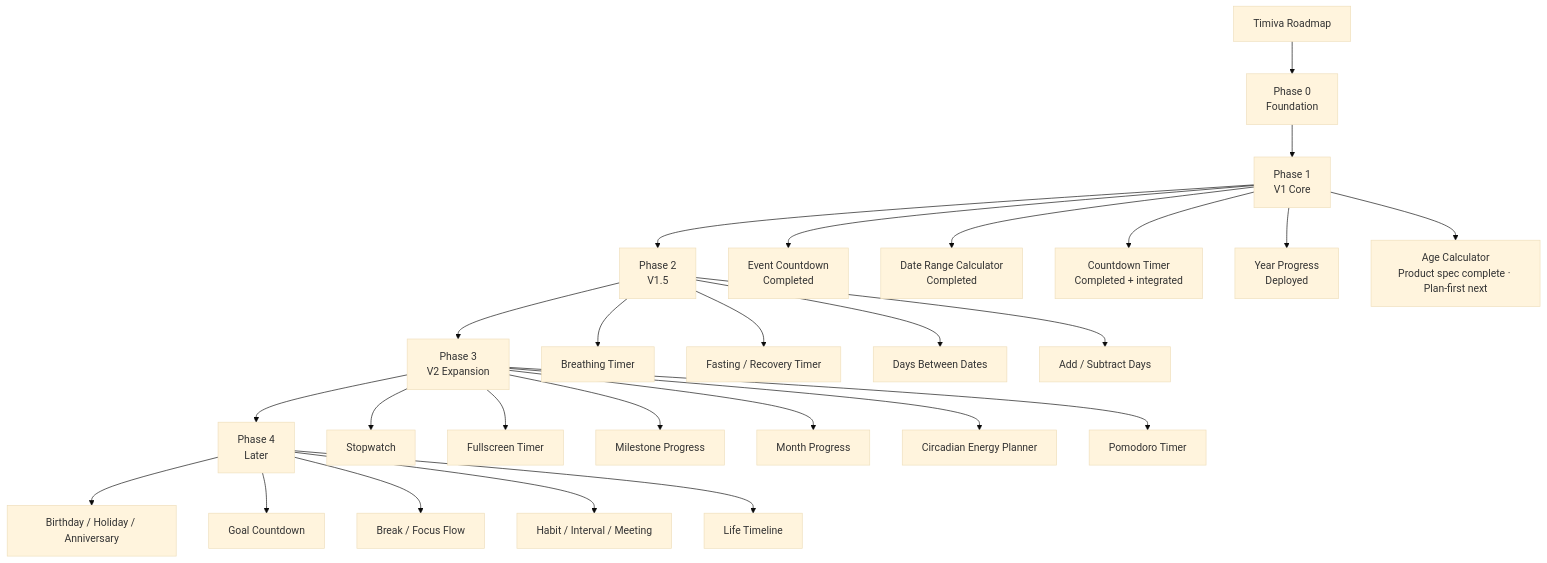
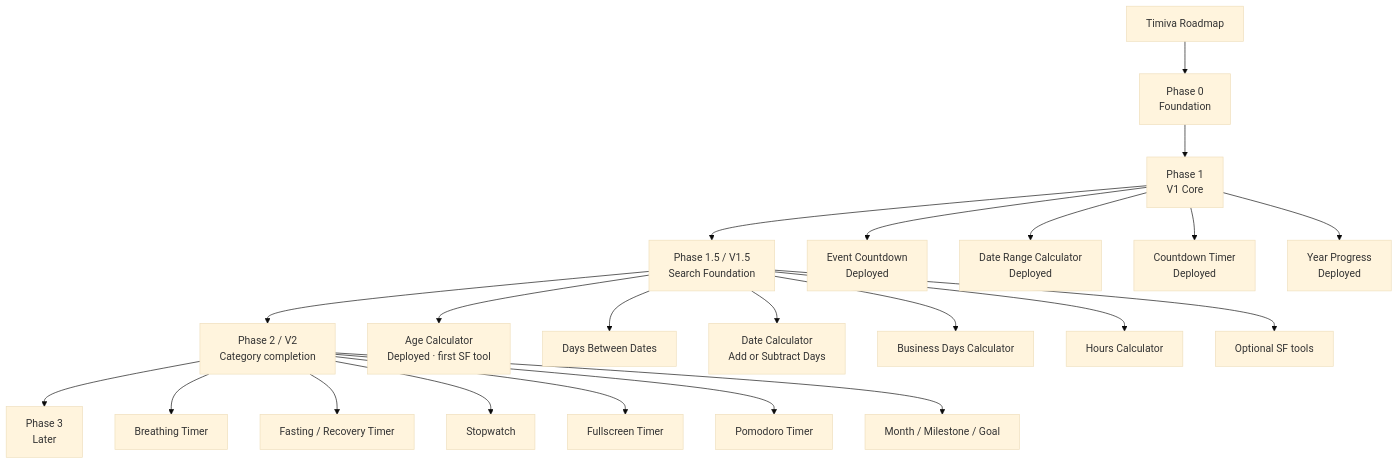
One commit to jd-jane/Timiva changed the diagram in docs/core/roadmap.md. Above: the diagram before and after it, drawn with Mermaid (base theme). The commit also changed other lines of this file and 4 other files, not shown here.

Commit message:
docs: define V1.5 search foundation strategy

````diff
--- a/docs/core/roadmap.md
+++ b/docs/core/roadmap.md
@@ -35,32 +35,27 @@
 ```mermaid
 flowchart TD
     A[Timiva Roadmap] --> B[Phase 0<br/>Foundation]
     B --> C[Phase 1<br/>V1 Core]
-    C --> D[Phase 2<br/>V1.5]
-    D --> E[Phase 3<br/>V2 Expansion]
-    E --> F[Phase 4<br/>Later]
+    C --> D[Phase 1.5 / V1.5<br/>Search Foundation]
+    D --> E[Phase 2 / V2<br/>Category completion]
+    E --> F[Phase 3<br/>Later]
 
-    C --> C1[Event Countdown<br/>Completed]
-    C --> C2[Date Range Calculator<br/>Completed]
-    C --> C3[Countdown Timer<br/>Completed + integrated]
+    C --> C1[Event Countdown<br/>Deployed]
+    C --> C2[Date Range Calculator<br/>Deployed]
+    C --> C3[Countdown Timer<br/>Deployed]
     C --> C4[Year Progress<br/>Deployed]
-    C --> C5[Age Calculator<br/>Product spec complete · Plan-first next]
 
-    D --> D1[Breathing Timer]
-    D --> D2[Fasting / Recovery Timer]
-    D --> D3[Days Between Dates]
-    D --> D4[Add / Subtract Days]
+    D --> D1[Age Calculator<br/>Deployed · first SF tool]
+    D --> D2[Days Between Dates]
+    D --> D3[Date Calculator<br/>Add or Subtract Days]
+    D --> D4[Business Days Calculator]
+    D --> D5[Hours Calculator]
+    D --> D6[Optional SF tools]
 
-    E --> E1[Stopwatch]
-    E --> E2[Fullscreen Timer]
-    E --> E3[Milestone Progress]
-    E --> E4[Month Progress]
-    E --> E5[Circadian Energy Planner]
-    E --> E6[Pomodoro Timer]
-
-    F --> F1[Birthday / Holiday / Anniversary]
-    F --> F2[Goal Countdown]
-    F --> F3[Break / Focus Flow]
-    F --> F4[Habit / Interval / Meeting]
-    F --> F5[Life Timeline]
+    E --> E1[Breathing Timer]
+    E --> E2[Fasting / Recovery Timer]
+    E --> E3[Stopwatch]
+    E --> E4[Fullscreen Timer]
+    E --> E5[Pomodoro Timer]
+    E --> E6[Month / Milestone / Goal]
 ```
````
